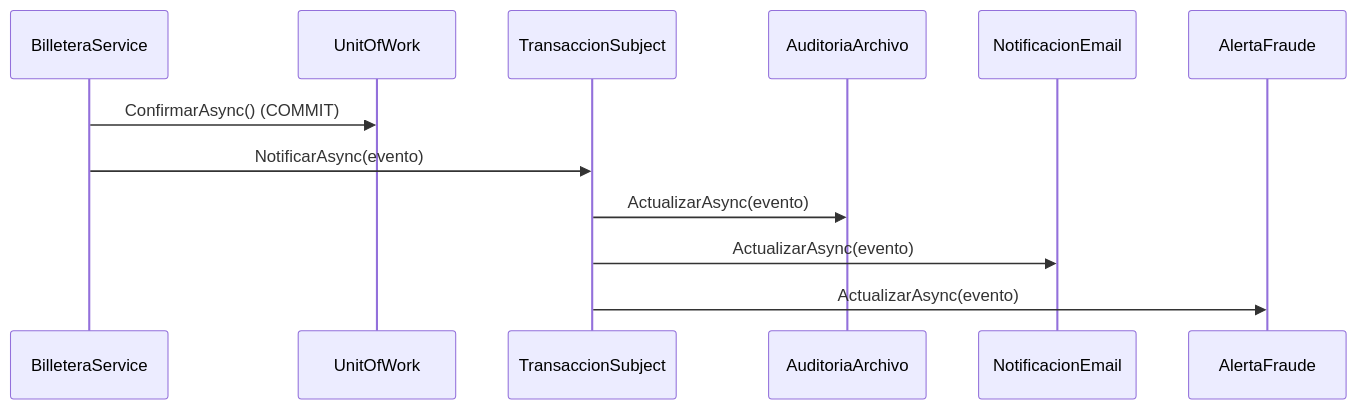
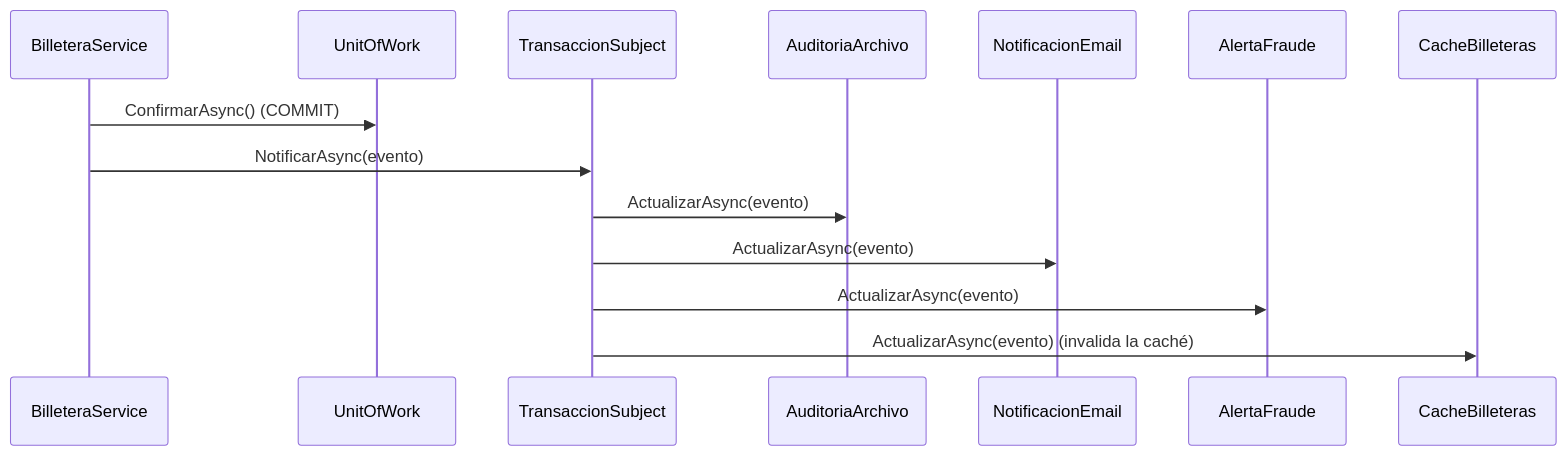
The fourth of 5 diagrams in README.md (jhonatantirado/BilleteraDigital), drawn with Mermaid before and after one commit. The commit also changed other lines of this file and 1 other file, not shown here.

Commit message:
README Decorator BilleteraConCache

````diff
--- a/README.md
+++ b/README.md
@@ -197,14 +200,16 @@
 ```mermaid
 sequenceDiagram
   participant S as BilleteraService
   participant UoW as UnitOfWork
   participant Sub as TransaccionSubject
   participant A as AuditoriaArchivo
   participant E as NotificacionEmail
   participant F as AlertaFraude
+  participant C as CacheBilleteras
   S->>UoW: ConfirmarAsync() (COMMIT)
   S->>Sub: NotificarAsync(evento)
   Sub->>A: ActualizarAsync(evento)
   Sub->>E: ActualizarAsync(evento)
   Sub->>F: ActualizarAsync(evento)
+  Sub->>C: ActualizarAsync(evento) (invalida la caché)
 ```
````
